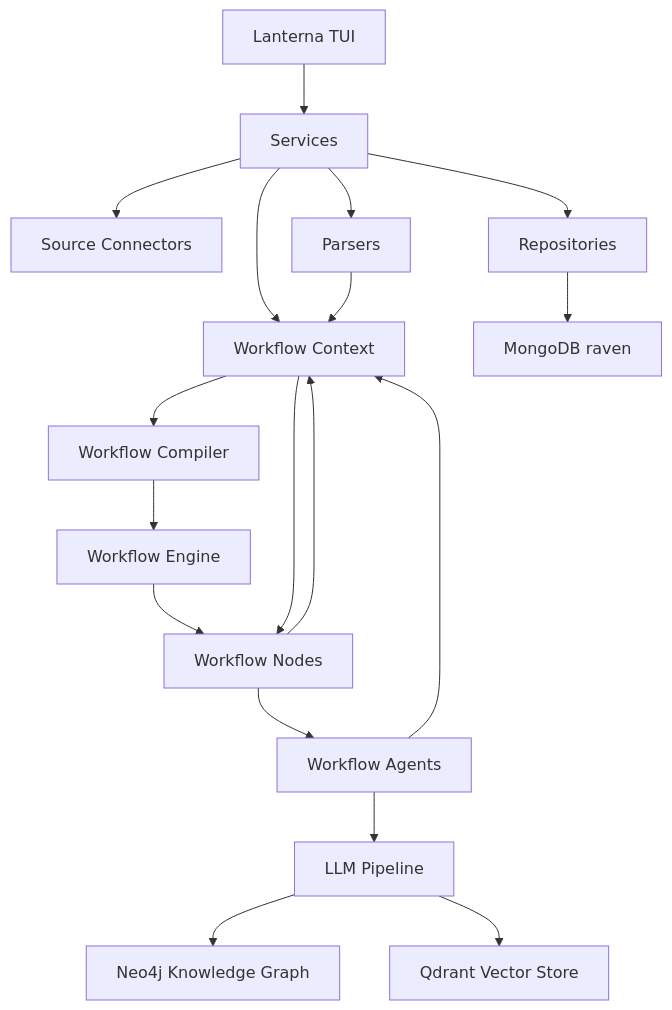
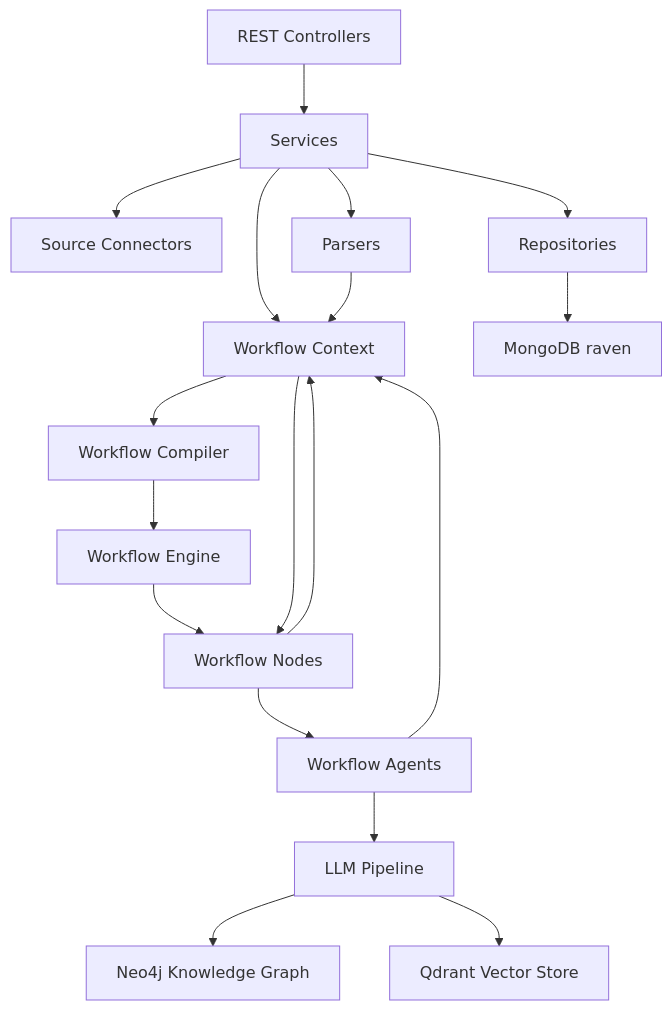
One commit to maxtarquini/osint changed the diagram in docs/technical-architecture.md. Above: the diagram before and after it, drawn with Mermaid. The commit also changed other lines of this file and 63 other files, not shown here.

````diff
--- a/docs/technical-architecture.md
+++ b/docs/technical-architecture.md
@@ -7,35 +7,35 @@
 ```mermaid
 flowchart TD
-    TUI["Lanterna TUI"]
+    REST["REST Controllers"]
     Services["Services"]
     Connectors["Source Connectors"]
     Parsers["Parsers"]
     Context["Workflow Context"]
     Nodes["Workflow Nodes"]
     Compiler["Workflow Compiler"]
     Engine["Workflow Engine"]
     Agents["Workflow Agents"]
     Pipeline["LLM Pipeline"]
     Repositories["Repositories"]
     Mongo["MongoDB raven"]
     Neo4j["Neo4j Knowledge Graph"]
     Qdrant["Qdrant Vector Store"]
 
-    TUI --> Services
+    REST --> Services
     Services --> Connectors
     Services --> Parsers
     Services --> Context
     Parsers --> Context
     Context --> Compiler
     Compiler --> Engine
     Engine --> Nodes
     Context --> Nodes
     Nodes --> Context
     Nodes --> Agents
     Agents --> Context
     Agents --> Pipeline
     Services --> Repositories
     Repositories --> Mongo
     Pipeline --> Neo4j
     Pipeline --> Qdrant
 ```
````
